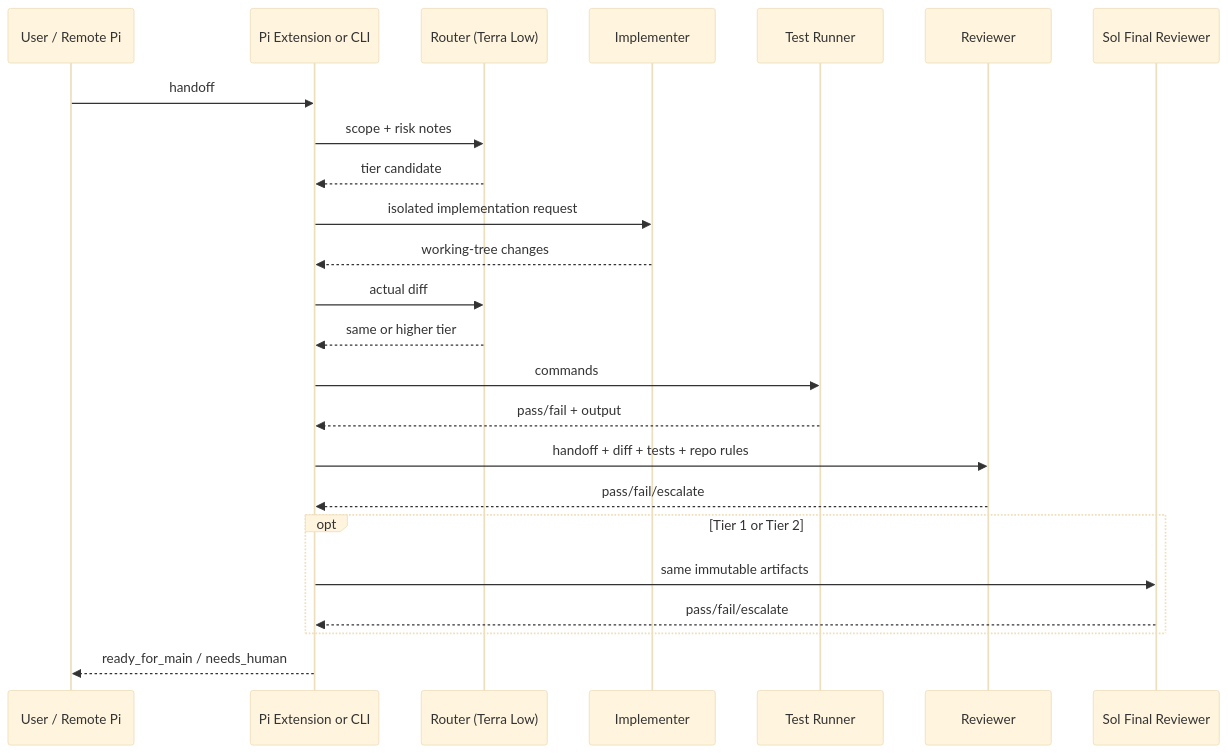
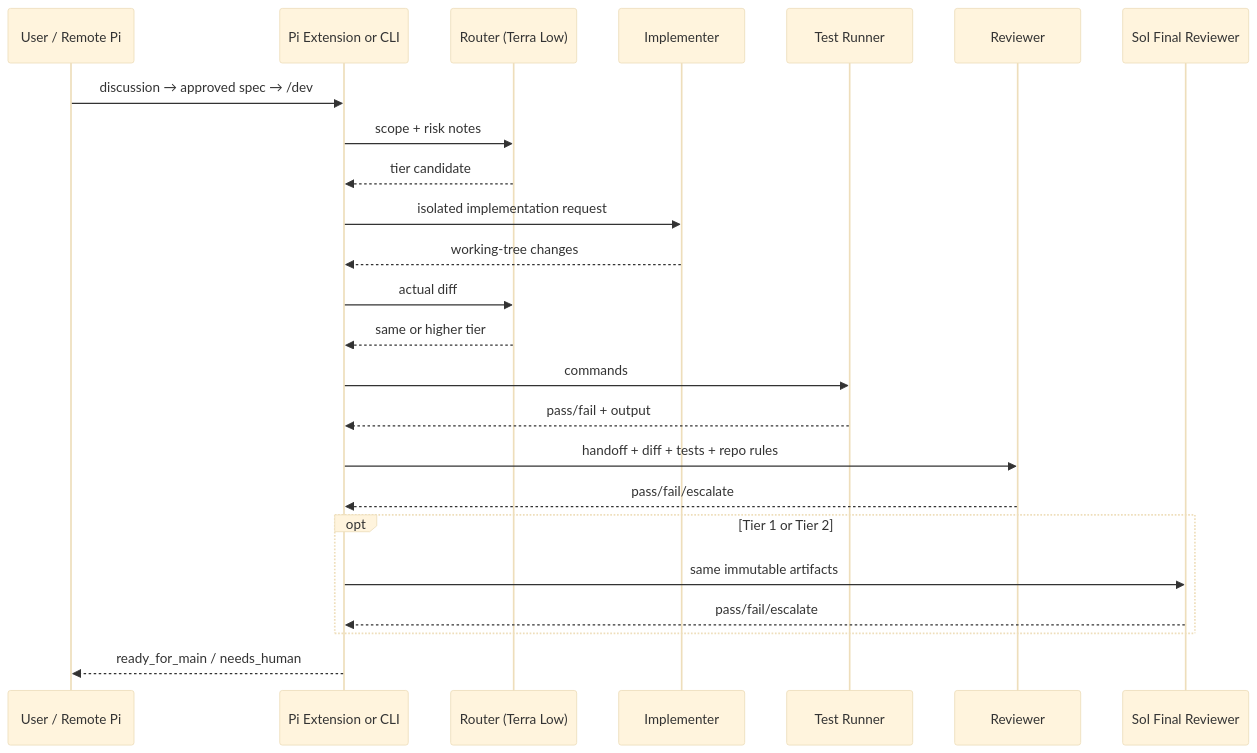
The diagram in docs/architecture.md (skai-in-ai/dev-flow), drawn with Mermaid (base theme) before and after one commit. The commit also changed other lines of this file and 13 other files, not shown here.

Commit message:
feat: add spec-first dev workflow

````diff
--- a/docs/architecture.md
+++ b/docs/architecture.md
@@ -21,27 +21,27 @@
 ```mermaid
 sequenceDiagram
     participant U as User / Remote Pi
     participant E as Pi Extension or CLI
     participant R as Router (Terra Low)
     participant I as Implementer
     participant T as Test Runner
     participant V as Reviewer
     participant S as Sol Final Reviewer
 
-    U->>E: handoff
+    U->>E: discussion → approved spec → /dev
     E->>R: scope + risk notes
     R-->>E: tier candidate
     E->>I: isolated implementation request
     I-->>E: working-tree changes
     E->>R: actual diff
     R-->>E: same or higher tier
     E->>T: commands
     T-->>E: pass/fail + output
     E->>V: handoff + diff + tests + repo rules
     V-->>E: pass/fail/escalate
     opt Tier 1 or Tier 2
       E->>S: same immutable artifacts
       S-->>E: pass/fail/escalate
     end
     E-->>U: ready_for_main / needs_human
 ```
````
